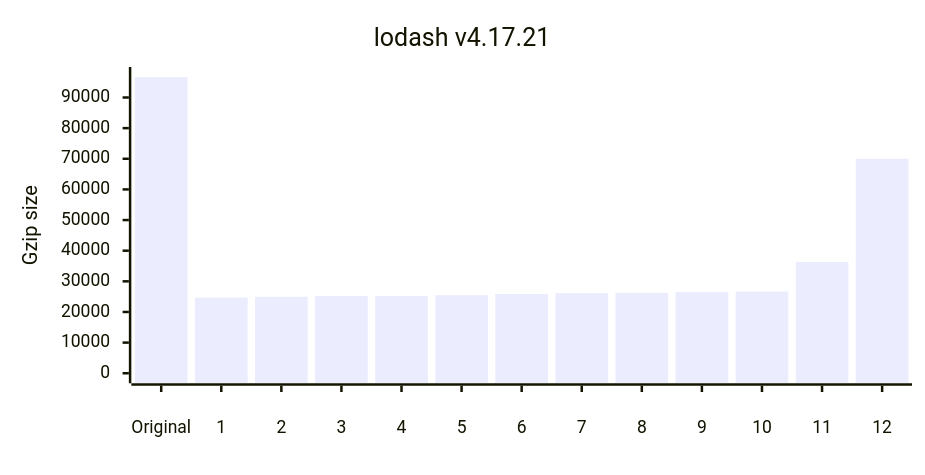
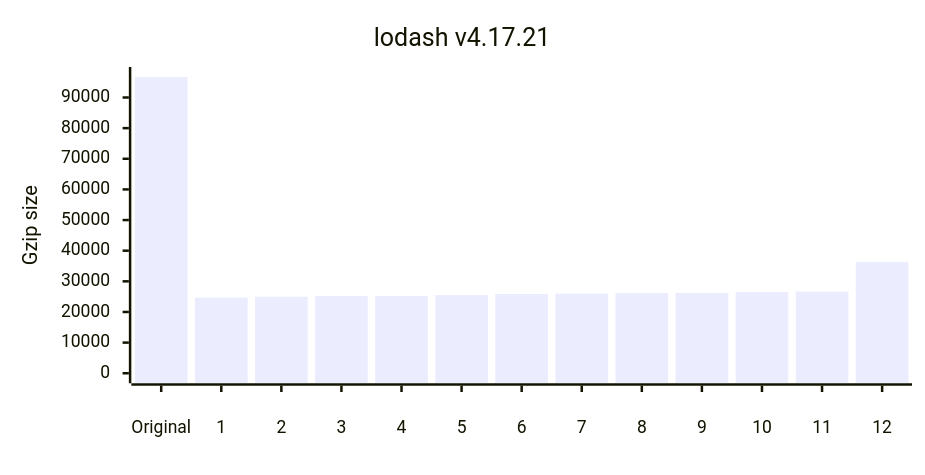
Before and after one commit to privatenumber/minification-benchmarks: the fifth of 12 diagrams in README.md, drawn with Mermaid. The commit also changed other lines of this file and 1 other file, not shown here.

````diff
--- a/README.md
+++ b/README.md
@@ -237,17 +237,17 @@
 ```mermaid
 ---
 config:
     xyChart:
         width: 720
         height: 360
         xAxis:
             labelPadding: 20
         yAxis:
             labelPadding: 10
 ---
 xychart-beta
 	title "lodash v4.17.21"
 	x-axis ["Original",1,2,3,4,5,6,7,8,9,10,11,12]
 	y-axis "Gzip size" 0 --> 96690
-	bar [96690,24686,24972,25186,25240,25503,25862,26200,26221,26498,26655,36327,70008]
+	bar [96690,24686,24972,25186,25240,25503,25862,25979,26200,26221,26498,26655,36327]
 ```
````
